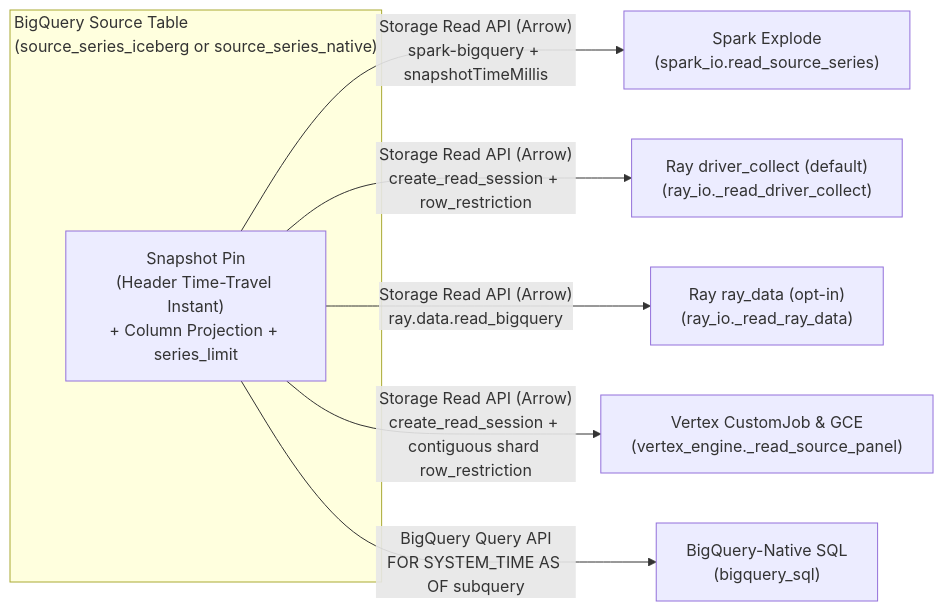
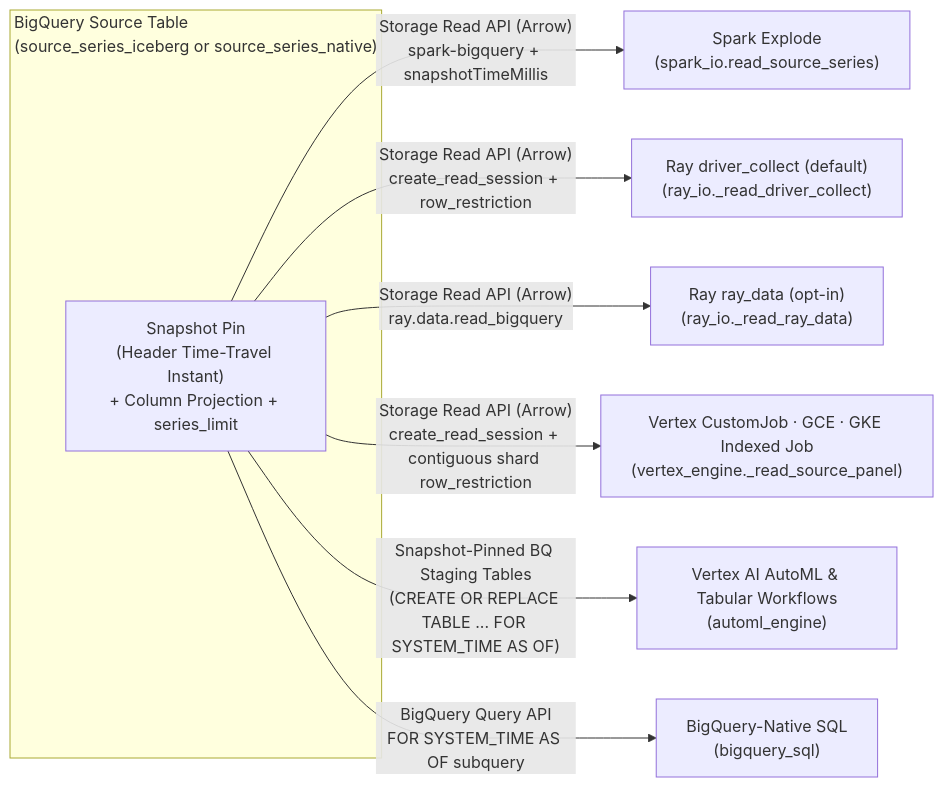
One commit to statmike/scale-forecasting changed the diagram in docs/reading_source_data.md. Above: the diagram before and after it, drawn with Mermaid. The commit also changed other lines of this file and 102 other files, not shown here.

Commit message:
feat(automl,explainability): add Vertex AI AutoML & Tabular Workflows (vertex_l2l, vertex_tide, vertex_tft, vertex_seq2seq), Two-Tier Feature Attributions, and repo-wide docs

````diff
--- a/docs/reading_source_data.md
+++ b/docs/reading_source_data.md
@@ -13,11 +13,12 @@
 ```mermaid
 flowchart LR
-    subgraph Source["BigQuery Source Table\n(source_series_iceberg or source_series_native)"]
-        Snap["Snapshot Pin\n(Header Time-Travel Instant)\n+ Column Projection + series_limit"]
+    subgraph Source["BigQuery Source Table<br/>(source_series_iceberg or source_series_native)"]
+        Snap["Snapshot Pin<br/>(Header Time-Travel Instant)<br/>+ Column Projection + series_limit"]
     end
-    Snap -->|"Storage Read API (Arrow)\nspark-bigquery + snapshotTimeMillis"| Spark["Spark Explode\n(spark_io.read_source_series)"]
-    Snap -->|"Storage Read API (Arrow)\ncreate_read_session + row_restriction"| RayDC["Ray driver_collect (default)\n(ray_io._read_driver_collect)"]
-    Snap -->|"Storage Read API (Arrow)\nray.data.read_bigquery"| RayData["Ray ray_data (opt-in)\n(ray_io._read_ray_data)"]
-    Snap -->|"Storage Read API (Arrow)\ncreate_read_session + contiguous shard row_restriction"| VertexGCE["Vertex CustomJob & GCE\n(vertex_engine._read_source_panel)"]
-    Snap -->|"BigQuery Query API\nFOR SYSTEM_TIME AS OF subquery"| BQ["BigQuery-Native SQL\n(bigquery_sql)"]
+    Snap -->|"Storage Read API (Arrow)<br/>spark-bigquery + snapshotTimeMillis"| Spark["Spark Explode<br/>(spark_io.read_source_series)"]
+    Snap -->|"Storage Read API (Arrow)<br/>create_read_session + row_restriction"| RayDC["Ray driver_collect (default)<br/>(ray_io._read_driver_collect)"]
+    Snap -->|"Storage Read API (Arrow)<br/>ray.data.read_bigquery"| RayData["Ray ray_data (opt-in)<br/>(ray_io._read_ray_data)"]
+    Snap -->|"Storage Read API (Arrow)<br/>create_read_session + contiguous shard row_restriction"| VertexGCE["Vertex CustomJob · GCE · GKE Indexed Job<br/>(vertex_engine._read_source_panel)"]
+    Snap -->|"Snapshot-Pinned BQ Staging Tables<br/>(CREATE OR REPLACE TABLE ... FOR SYSTEM_TIME AS OF)"| AutoML["Vertex AI AutoML & Tabular Workflows<br/>(automl_engine)"]
+    Snap -->|"BigQuery Query API<br/>FOR SYSTEM_TIME AS OF subquery"| BQ["BigQuery-Native SQL<br/>(bigquery_sql)"]
 ```
````
